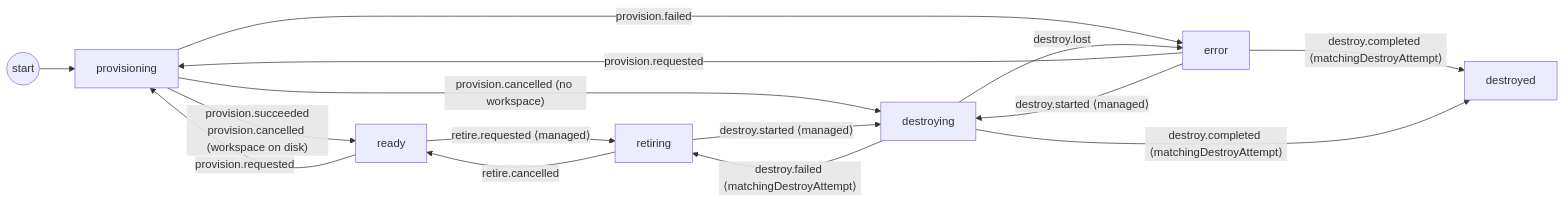
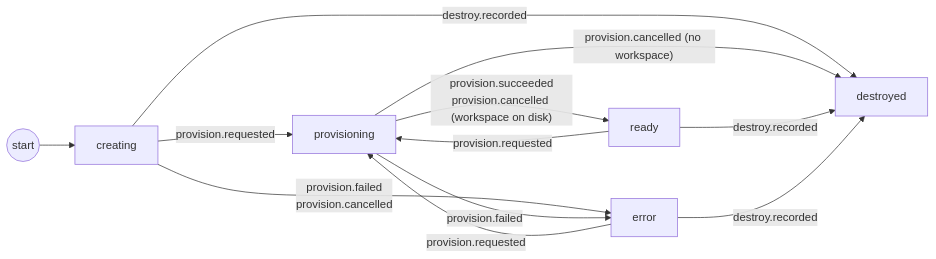
Before and after one commit to pierback/bb: the second of 2 diagrams in docs/lifecycle-diagrams.md, drawn with Mermaid. The commit also changed other lines of this file and 5392 other files, not shown here.

````diff
--- a/docs/lifecycle-diagrams.md
+++ b/docs/lifecycle-diagrams.md
@@ -49,24 +51,20 @@
 ```mermaid
 flowchart LR
     __start((start))
+    creating["creating"]
     provisioning["provisioning"]
     ready["ready"]
-    retiring["retiring"]
     error["error"]
-    destroying["destroying"]
     destroyed["destroyed"]
-    __start --> provisioning
+    __start --> creating
+    creating -->|"provision.requested"| provisioning
+    creating -->|"provision.failed<br/>provision.cancelled"| error
+    creating -->|"destroy.recorded"| destroyed
     provisioning -->|"provision.succeeded<br/>provision.cancelled (workspace on disk)"| ready
     provisioning -->|"provision.failed"| error
-    provisioning -->|"provision.cancelled (no workspace)"| destroying
+    provisioning -->|"provision.cancelled (no workspace)"| destroyed
     ready -->|"provision.requested"| provisioning
-    ready -->|"retire.requested ⟨managed⟩"| retiring
-    retiring -->|"retire.cancelled"| ready
-    retiring -->|"destroy.started ⟨managed⟩"| destroying
+    ready -->|"destroy.recorded"| destroyed
     error -->|"provision.requested"| provisioning
-    error -->|"destroy.started ⟨managed⟩"| destroying
-    error -->|"destroy.completed ⟨matchingDestroyAttempt⟩"| destroyed
-    destroying -->|"destroy.completed ⟨matchingDestroyAttempt⟩"| destroyed
-    destroying -->|"destroy.failed ⟨matchingDestroyAttempt⟩"| retiring
-    destroying -->|"destroy.lost"| error
+    error -->|"destroy.recorded"| destroyed
 ```
````
